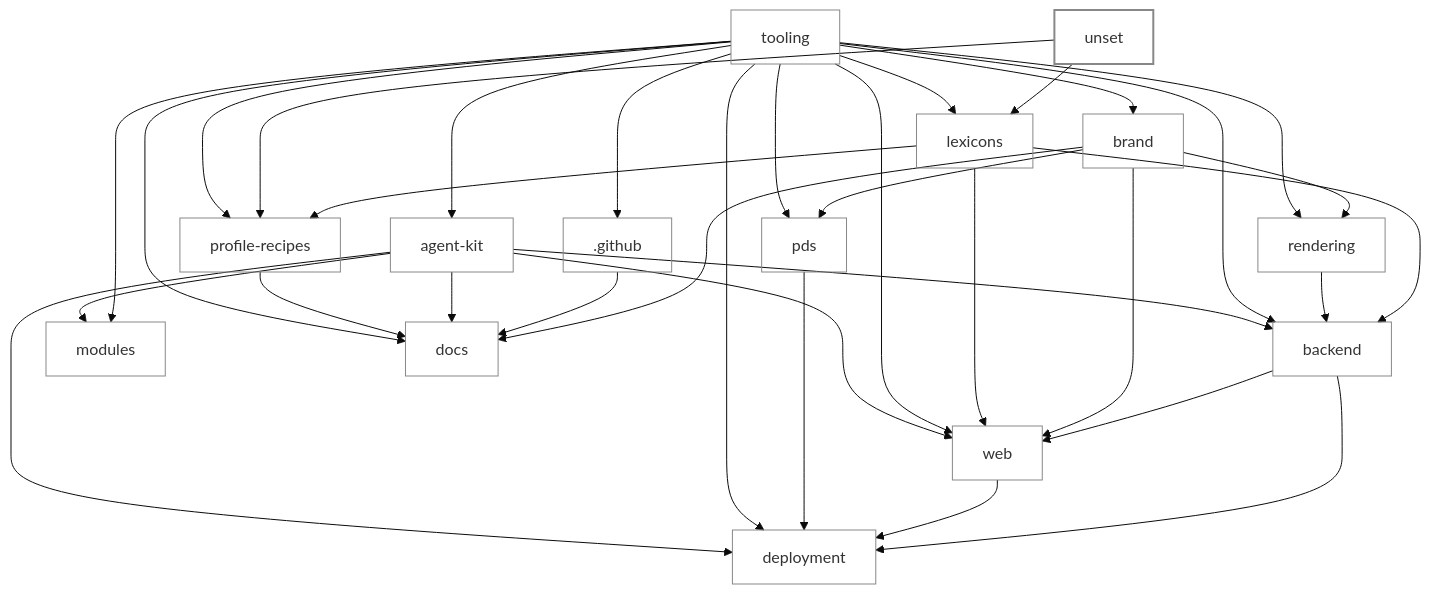
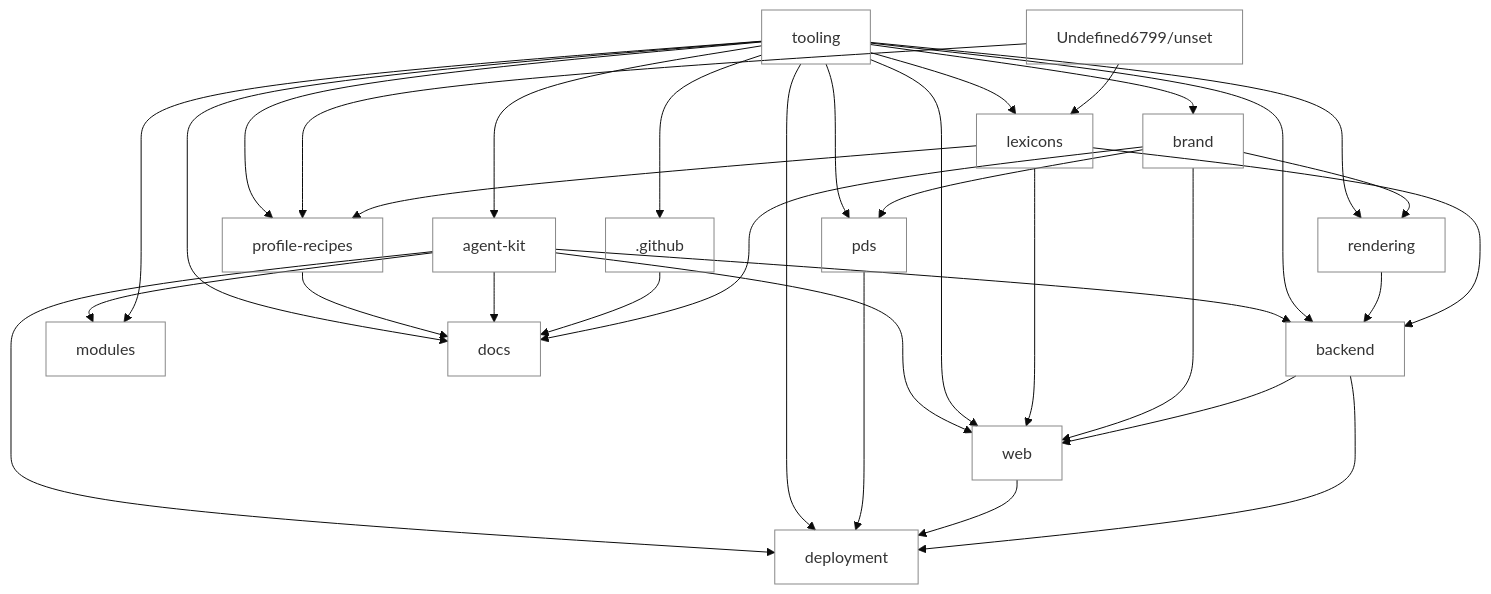
One commit to unset-sh/.github changed the diagram in MAP.md. Above: the diagram before and after it, drawn with Mermaid (base theme). The commit also changed other lines of this file and 4 other files, not shown here.

````diff
--- a/MAP.md
+++ b/MAP.md
@@ -70,53 +70,52 @@
 ```mermaid
 flowchart TB
   r_web["web"]
   r_backend["backend"]
   r_deployment["deployment"]
   r_modules["modules"]
-  r_unset["unset"]
+  r_Undefined6799_unset["Undefined6799/unset"]
   r__github[".github"]
   r_tooling["tooling"]
   r_brand["brand"]
   r_rendering["rendering"]
   r_profile_recipes["profile-recipes"]
   r_docs["docs"]
   r_pds["pds"]
   r_lexicons["lexicons"]
   r_agent_kit["agent-kit"]
   r_backend --> r_web
   r_brand --> r_web
   r_lexicons --> r_web
   r_tooling --> r_web
   r_agent_kit --> r_web
   r_lexicons --> r_backend
   r_rendering --> r_backend
   r_tooling --> r_backend
   r_agent_kit --> r_backend
   r_backend --> r_deployment
   r_web --> r_deployment
   r_pds --> r_deployment
   r_tooling --> r_deployment
   r_agent_kit --> r_deployment
   r_tooling --> r_modules
   r_agent_kit --> r_modules
   r_tooling --> r__github
   r_tooling --> r_brand
   r_brand --> r_rendering
   r_tooling --> r_rendering
   r_lexicons --> r_profile_recipes
-  r_unset --> r_profile_recipes
+  r_Undefined6799_unset --> r_profile_recipes
   r_tooling --> r_profile_recipes
   r_brand --> r_docs
   r__github --> r_docs
   r_agent_kit --> r_docs
   r_profile_recipes --> r_docs
   r_tooling --> r_docs
   r_brand --> r_pds
   r_tooling --> r_pds
-  r_unset --> r_lexicons
+  r_Undefined6799_unset --> r_lexicons
   r_tooling --> r_lexicons
   r_tooling --> r_agent_kit
   classDef default fill:transparent,stroke:#888,stroke-width:1px
   classDef uncreated fill:transparent,stroke:#888,stroke-width:1px,stroke-dasharray:5 4
-  style r_unset stroke-width:2px
 ```
````
